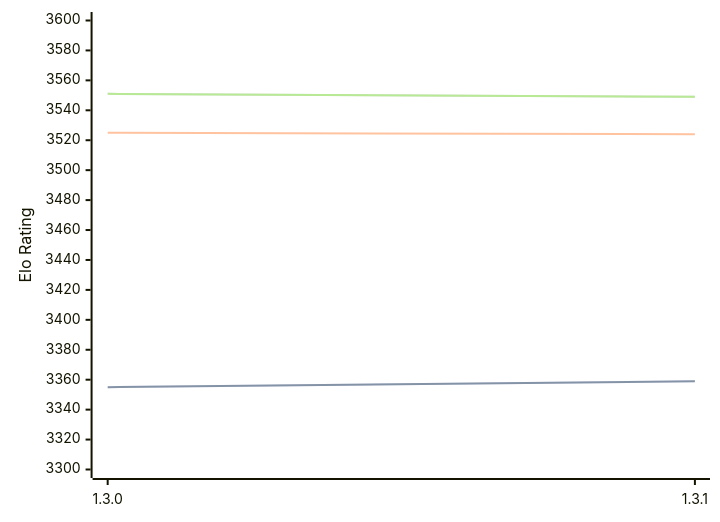
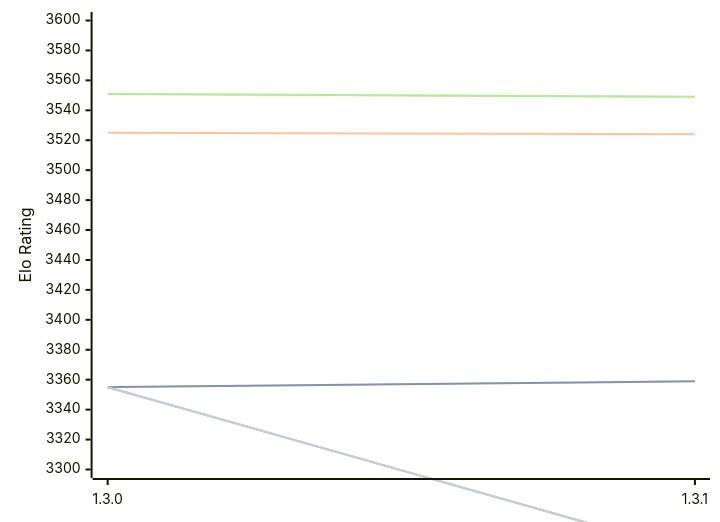
Before and after one commit to computer-chess-index/cci: the diagram in engines/Renegade.md, drawn with Mermaid. The commit also changed other lines of this file, not shown here.

Commit message:
Update CCI Ratings (ELO VLTC) - 2026-10-11

````diff
--- a/engines/Renegade.md
+++ b/engines/Renegade.md
@@ -48,16 +48,13 @@
 ```mermaid
 %%{init: {"theme":"base","themeVariables":{"seriesColors:['#a3a3a3','#222221','#faa371']}}}%%
 xychart-beta
   x-axis ["1.3.0", "1.3.1"]
   y-axis "Elo Rating" 3300 --> 3600
   line "" [3355, 3359]
   line "T1: STC (8.0+0.08s)" [3355, 3359]
   line "T1: LTC (60.0+0.60s)" [3525, 3524]
   line "" [3551, 3549]
   line "T1: VLTC (2m24s+1.12s)" [3551, 3549]
-  line "" [3233]
-  line "E1: STC (8.0+0.08s)" [3233]
-  line "E1: LTC (60.0+0.60s)" [3488]
-  line "" [3546]
-  line "E1: VLTC (2m24s+1.12s)" [3546]
+  line "" [3355,3244]
+  line "E1: STC (8.0+0.08s)" [3355,3244]
 ```
````
